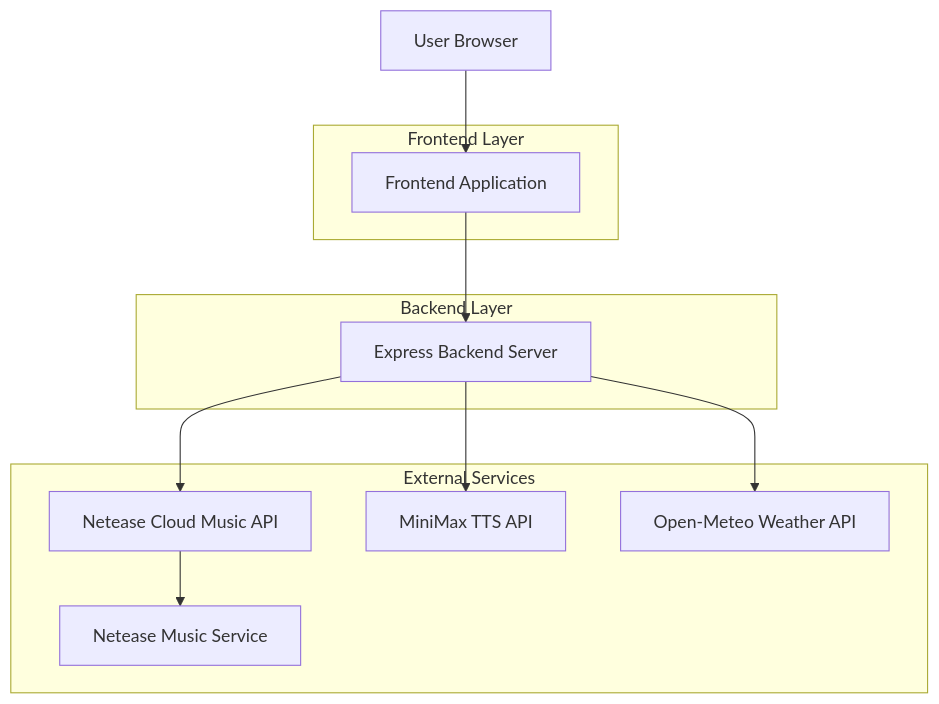
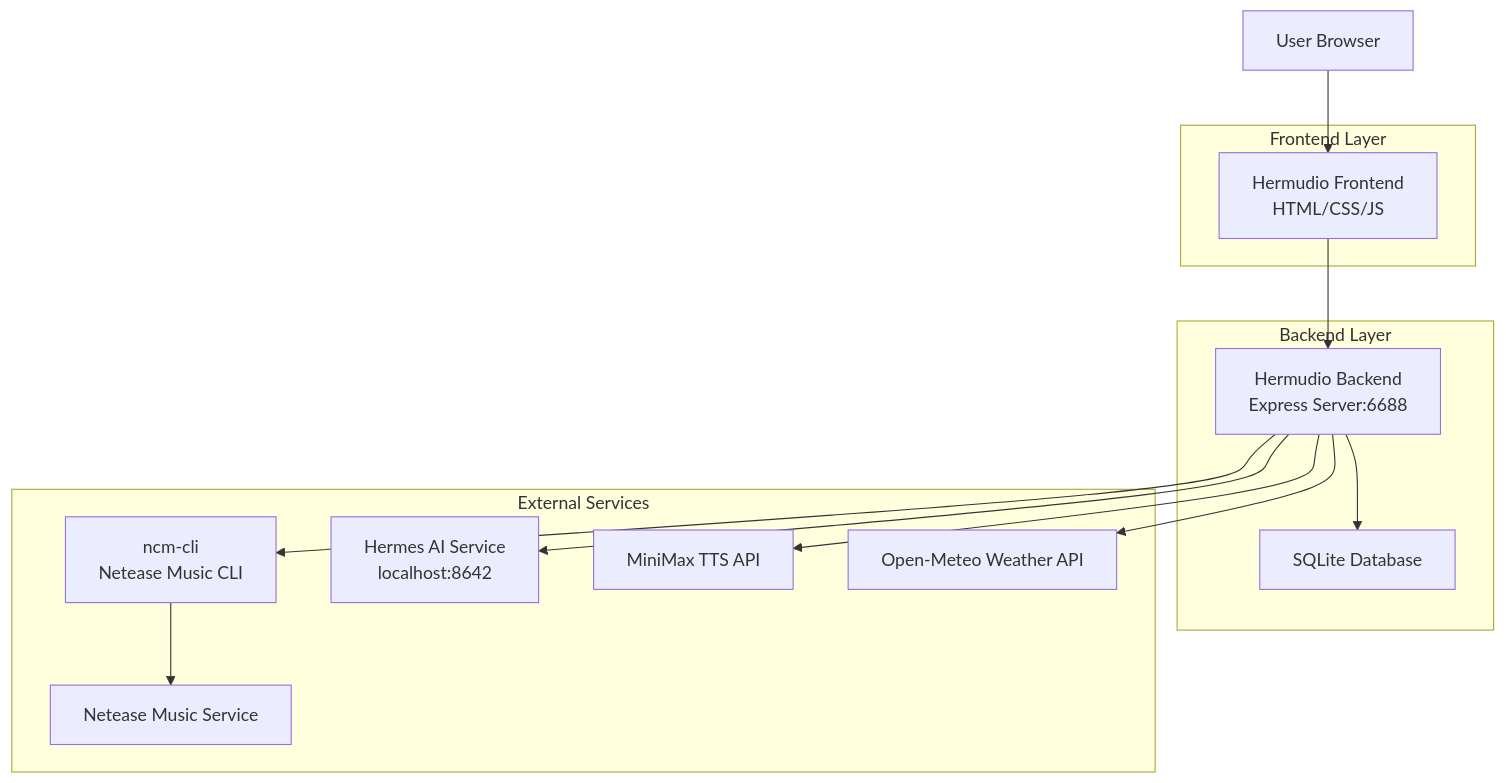
The first of 3 diagrams in .trae/documents/hermudio-tech-spec.md (ericshpych/Hermudio), drawn with Mermaid before and after one commit. The commit also changed other lines of this file and 1 other file, not shown here.

````diff
--- a/.trae/documents/hermudio-tech-spec.md
+++ b/.trae/documents/hermudio-tech-spec.md
@@ -5,24 +5,28 @@
 ```mermaid
 graph TD
-    A[User Browser] --> B[Frontend Application]
-    B --> C[Express Backend Server]
-    C --> D[Netease Cloud Music API]
-    C --> E[MiniMax TTS API]
-    C --> F[Open-Meteo Weather API]
-    D --> G[Netease Music Service]
+    A[User Browser] --> B[Hermudio Frontend<br/>HTML/CSS/JS]
+    B --> C[Hermudio Backend<br/>Express Server:6688]
+    C --> D[SQLite Database]
+    C --> E[ncm-cli<br/>Netease Music CLI]
+    C --> F[Hermes AI Service<br/>localhost:8642]
+    C --> G[MiniMax TTS API]
+    C --> H[Open-Meteo Weather API]
+    E --> I[Netease Music Service]
 
     subgraph "Frontend Layer"
         B
     end
 
     subgraph "Backend Layer"
         C
+        D
     end
 
     subgraph "External Services"
-        D
         E
         F
         G
+        H
+        I
     end
 ```
````
